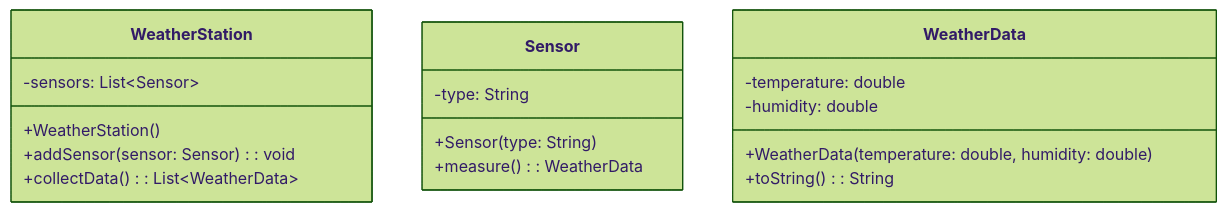
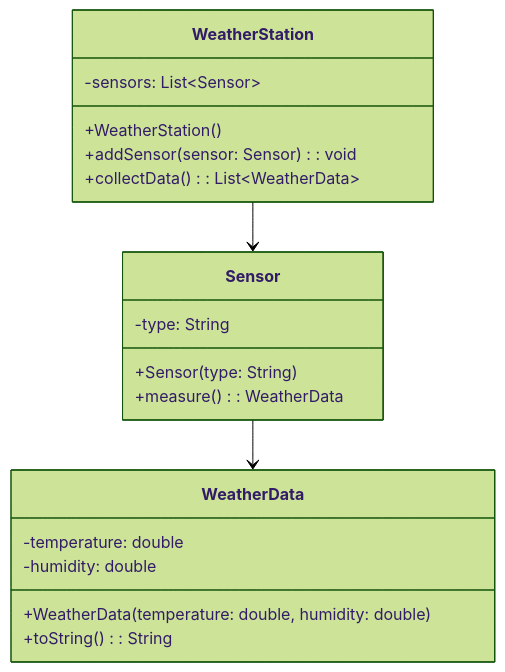
The fourth of 4 diagrams in scr/exercises/Programmieren1/SampleExam/ReadMe.md (wielandjan/java_helloWorld_1), drawn with Mermaid (forest theme) before and after one commit. The commit also changed other lines of this file, not shown here.

````diff
--- a/scr/exercises/Programmieren1/SampleExam/ReadMe.md
+++ b/scr/exercises/Programmieren1/SampleExam/ReadMe.md
@@ -109,22 +131,25 @@
 ```mermaid
 classDiagram
     class WeatherStation {
         -sensors: List~Sensor~
         +WeatherStation()
         +addSensor(sensor: Sensor): void
         +collectData(): List~WeatherData~
     }
 
     class Sensor {
         -type: String
         +Sensor(type: String)
         +measure(): WeatherData
     }
 
     class WeatherData {
         -temperature: double
         -humidity: double
         +WeatherData(temperature: double, humidity: double)
         +toString(): String
     }
+
+    WeatherStation --> Sensor
+    Sensor --> WeatherData
 ```
````
